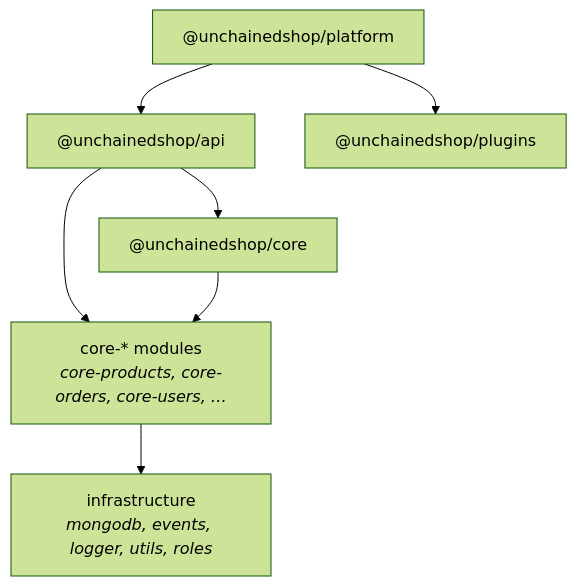
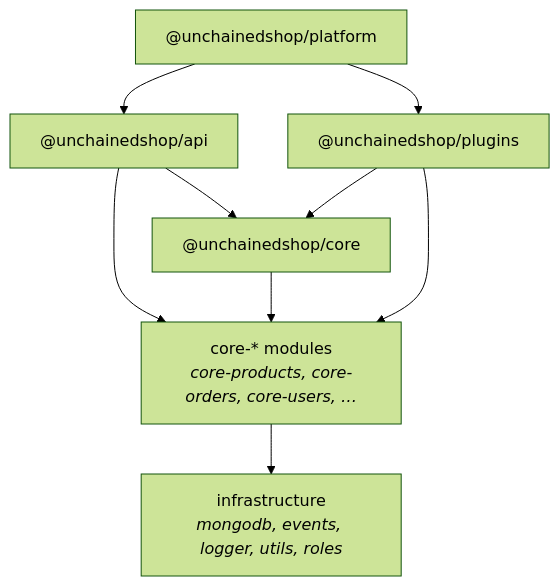
The second of 2 diagrams in docs/docs/concepts/architecture.md (unchainedshop/unchained), drawn with Mermaid (forest theme) before and after one commit. The commit also changed 166 other files, not shown here.

````diff
--- a/docs/docs/concepts/architecture.md
+++ b/docs/docs/concepts/architecture.md
@@ -149,9 +149,11 @@
 ```mermaid
 flowchart TD
     platform["@unchainedshop/platform"] --> api["@unchainedshop/api"]
     platform --> plugins["@unchainedshop/plugins"]
     api --> core["@unchainedshop/core"]
     api --> coremods["core-* modules<br/><i>core-products, core-orders, core-users, …</i>"]
     core --> coremods
     coremods --> infra["infrastructure<br/><i>mongodb, events, logger, utils, roles</i>"]
+    plugins --> core
+    plugins --> coremods
 ```
````
